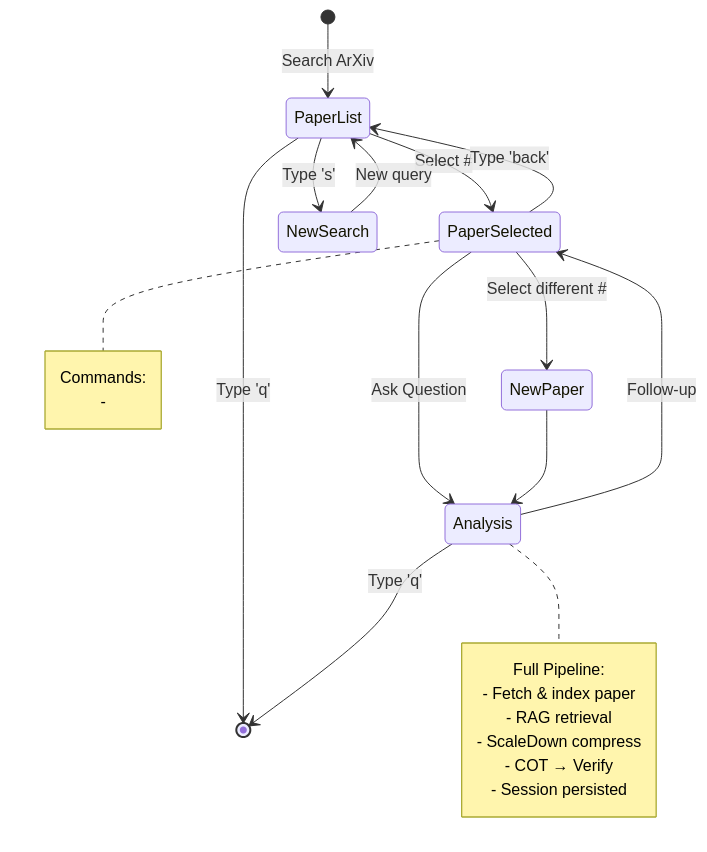
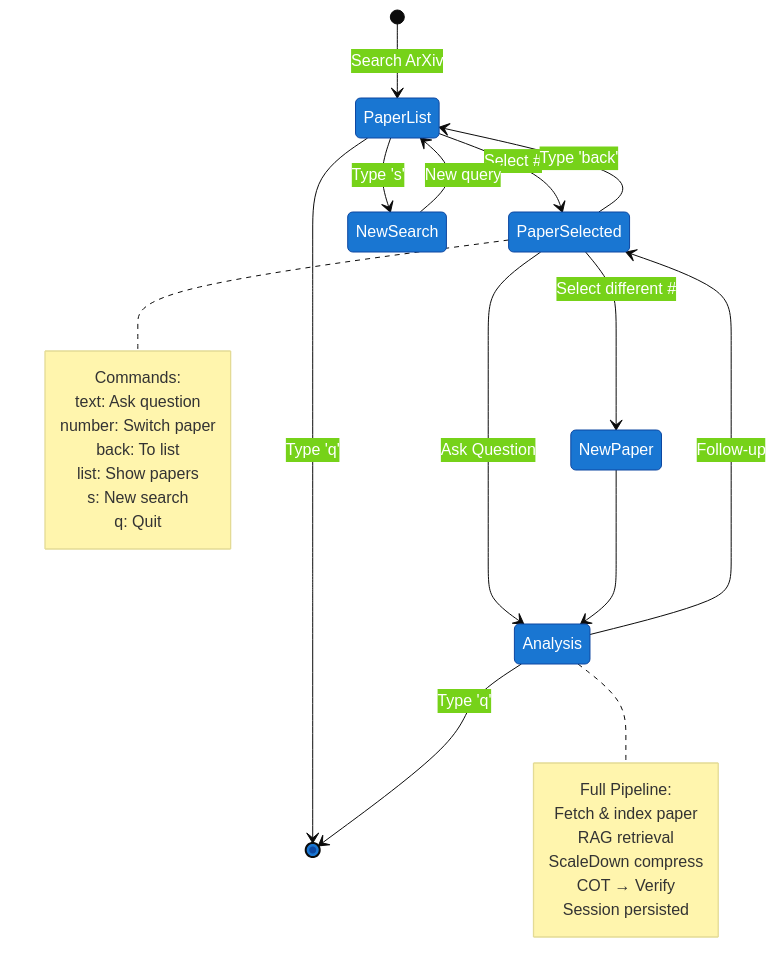
The fourth of 8 diagrams in README.md (invaderinvalid/RAG), drawn with Mermaid before and after one commit. The commit also changed other lines of this file, not shown here.

````diff
--- a/README.md
+++ b/README.md
@@ -328,38 +336,39 @@
 ```mermaid
+%%{init: {'theme':'base', 'themeVariables': { 'primaryColor':'#1976d2','primaryTextColor':'#fff','primaryBorderColor':'#0d47a1'}}}%%
 stateDiagram-v2
     [*] --> PaperList: Search ArXiv
     
     PaperList --> PaperSelected: Select #
     PaperList --> NewSearch: Type 's'
     PaperList --> [*]: Type 'q'
     
     PaperSelected --> Analysis: Ask Question
     Analysis --> PaperSelected: Follow-up
     
     PaperSelected --> PaperList: Type 'back'
     PaperSelected --> NewPaper: Select different #
     NewPaper --> Analysis
     
     Analysis --> [*]: Type 'q'
     
     NewSearch --> PaperList: New query
     
     note right of Analysis
         Full Pipeline:
-        - Fetch & index paper
-        - RAG retrieval
-        - ScaleDown compress
-        - COT → Verify
-        - Session persisted
+        Fetch & index paper
+        RAG retrieval
+        ScaleDown compress
+        COT → Verify
+        Session persisted
     end note
     
     note right of PaperSelected
         Commands:
-        - <text>: Ask question
-        - <number>: Switch paper
-        - 'back': To list
-        - 'list': Show papers
-        - 's': New search
-        - 'q': Quit
+        text: Ask question
+        number: Switch paper
+        back: To list
+        list: Show papers
+        s: New search
+        q: Quit
     end note
 ```
````
